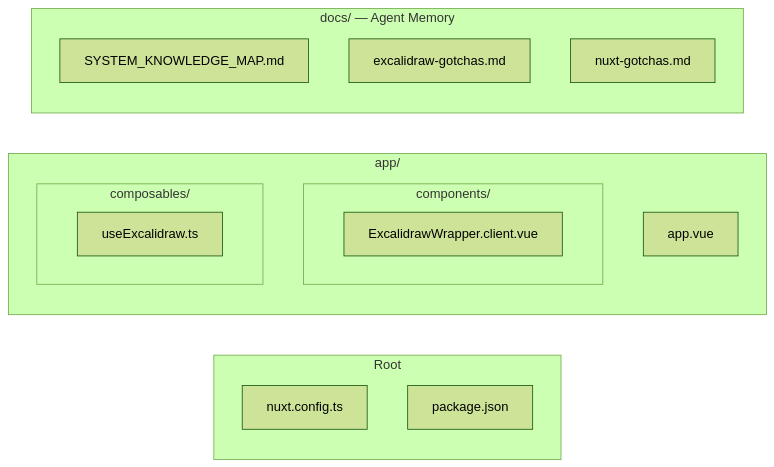
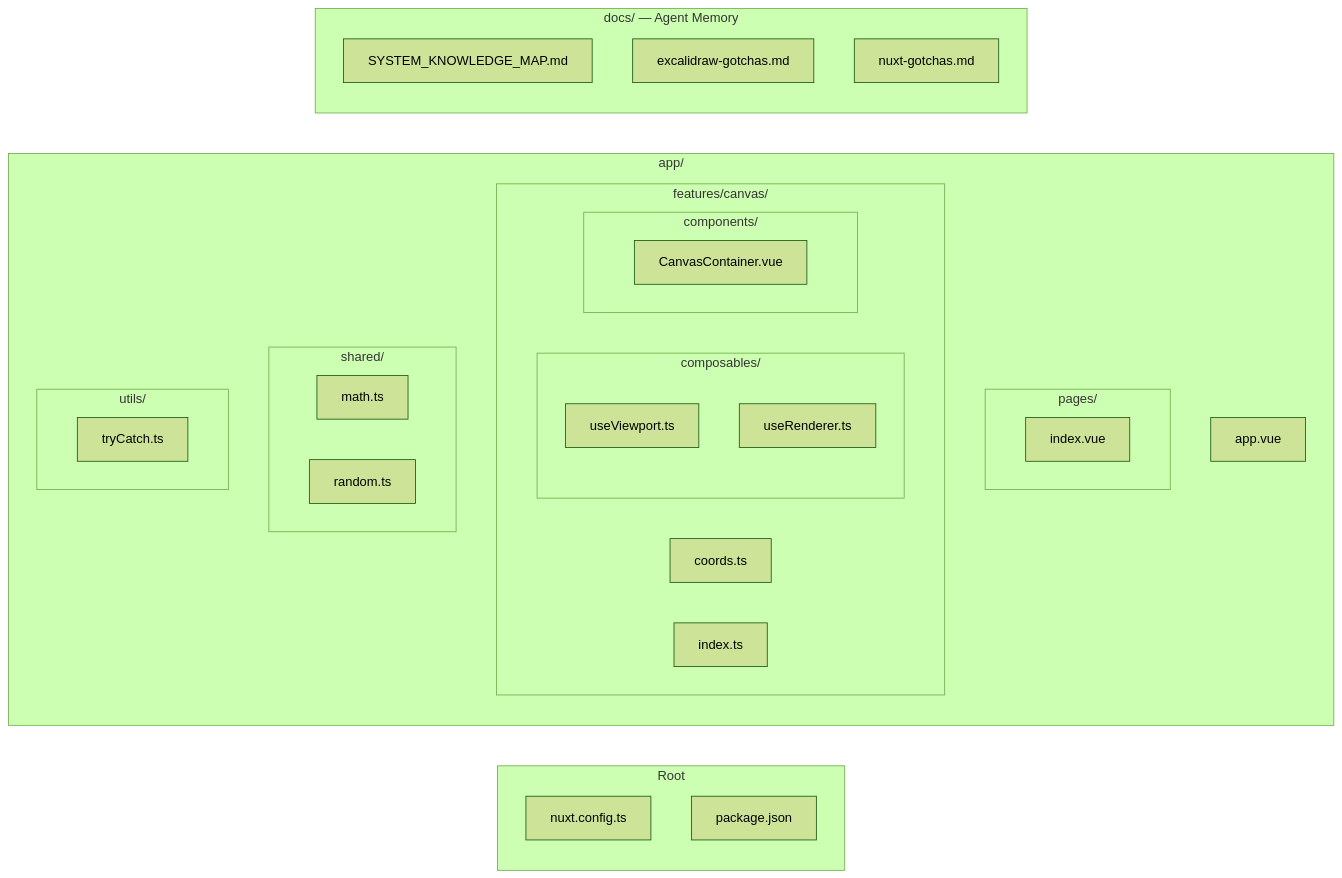
Before and after one commit to alexanderop/excalidrawNuxt: the fifth of 5 diagrams in docs/SYSTEM_KNOWLEDGE_MAP.md, drawn with Mermaid (forest theme). The commit also changed other lines of this file and 285 other files, not shown here.

````diff
--- a/docs/SYSTEM_KNOWLEDGE_MAP.md
+++ b/docs/SYSTEM_KNOWLEDGE_MAP.md
@@ -63,23 +109,38 @@
 ```mermaid
 graph LR
     subgraph Root
         NC[nuxt.config.ts]
         PK[package.json]
     end
 
     subgraph "app/"
         AV[app.vue]
-        subgraph "components/"
-            EW[ExcalidrawWrapper.client.vue]
+        subgraph "pages/"
+            PI[index.vue]
         end
-        subgraph "composables/"
-            UE[useExcalidraw.ts]
+        subgraph "features/canvas/"
+            CO[coords.ts]
+            IX[index.ts]
+            subgraph "composables/"
+                UV[useViewport.ts]
+                UR[useRenderer.ts]
+            end
+            subgraph "components/"
+                CC[CanvasContainer.vue]
+            end
+        end
+        subgraph "shared/"
+            MT[math.ts]
+            RN[random.ts]
+        end
+        subgraph "utils/"
+            TC[tryCatch.ts]
         end
     end
 
     subgraph "docs/ — Agent Memory"
         SK[SYSTEM_KNOWLEDGE_MAP.md]
         EG[excalidraw-gotchas.md]
         NG[nuxt-gotchas.md]
     end
 ```
````
